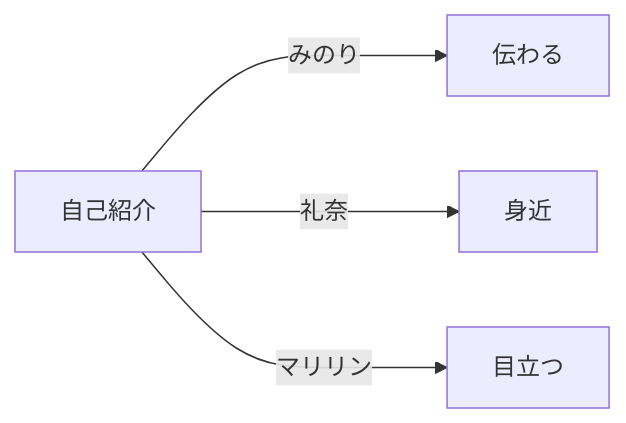
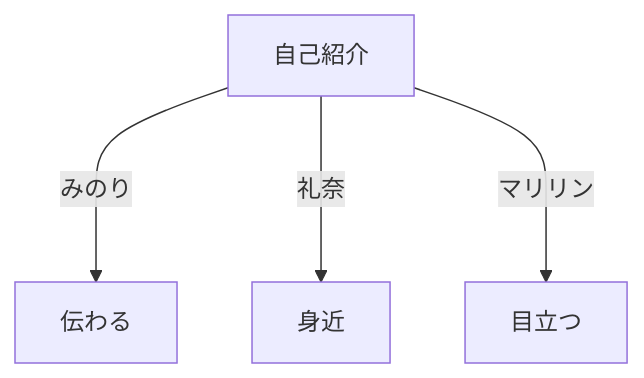
The diagram in m1.md (zanjibar/zanjibar.github.io), drawn with Mermaid before and after one commit.

````diff
--- a/m1.md
+++ b/m1.md
@@ -1,7 +1,7 @@
 ```mermaid
-graph LR;
+graph TD;
   自己紹介--->|みのり|伝わる;
   自己紹介--->|礼奈|身近;
   自己紹介--->|マリリン|目立つ;
   %% C-->D; ←これ
 ```
````
